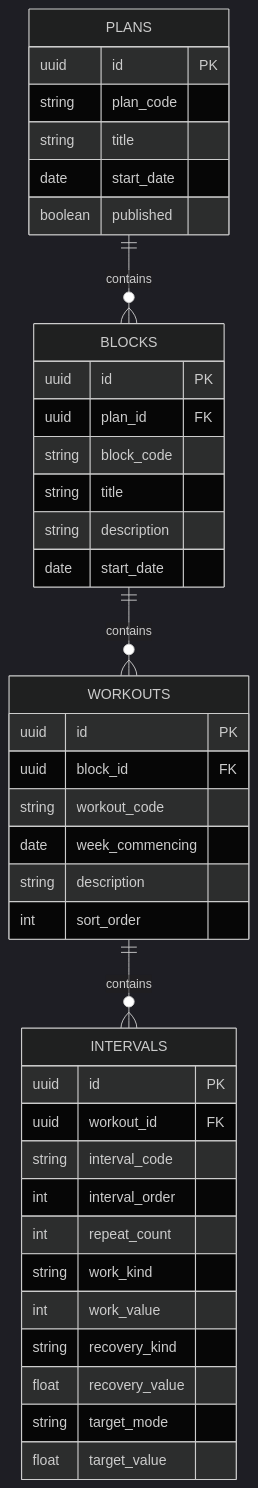
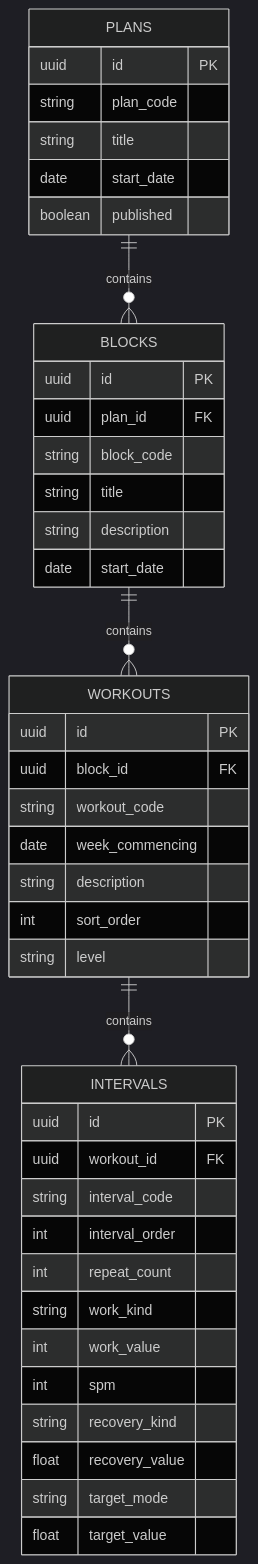
Before and after one commit to dxdavidson/nbrctraining: the diagram in docs/database-schema.md, drawn with Mermaid (dark theme). The commit also changed 18 other files, not shown here.

````diff
--- a/docs/database-schema.md
+++ b/docs/database-schema.md
@@ -1,42 +1,44 @@
 ```mermaid
 erDiagram
 	PLANS {
         uuid id PK
 		string plan_code
 		string title
 		date start_date
 		boolean published
 	}
 	BLOCKS {
 		uuid id PK
         uuid plan_id FK
 		string block_code 
 		string title
 		string description
 		date start_date
 	}
 	WORKOUTS {
         uuid id PK
         uuid block_id FK		
 		string workout_code
 		date week_commencing
 		string description
 		int sort_order
+		string level
 	}
 	INTERVALS {
         uuid id PK
         uuid workout_id FK		
 		string interval_code
 		int interval_order
 		int repeat_count
 		string work_kind
 		int work_value
+		int spm
 		string recovery_kind
 		float recovery_value
 		string target_mode
 		float target_value
 	}
 	PLANS ||--o{ BLOCKS : contains
 	BLOCKS ||--o{ WORKOUTS : contains
 	WORKOUTS ||--o{ INTERVALS : contains
 ```
````
